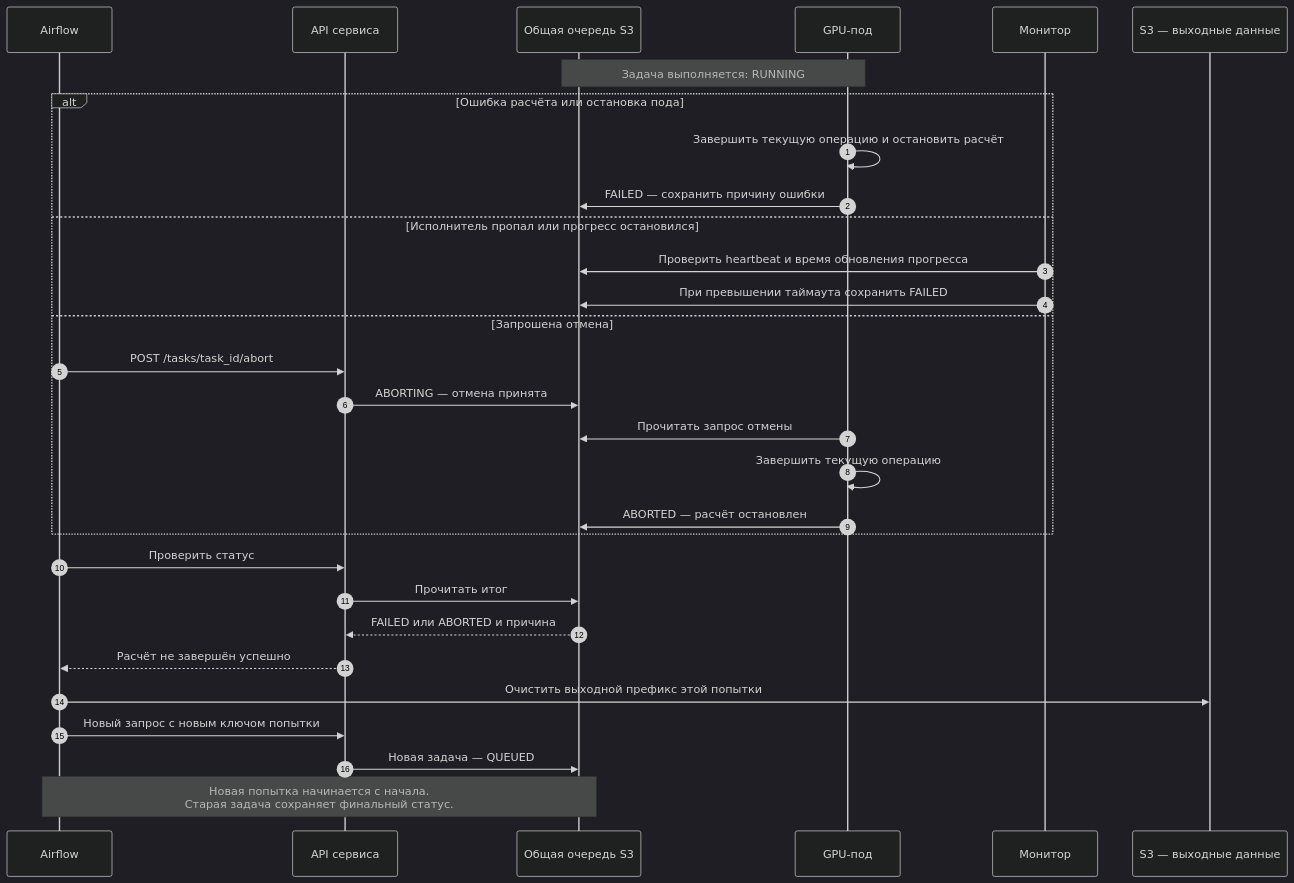
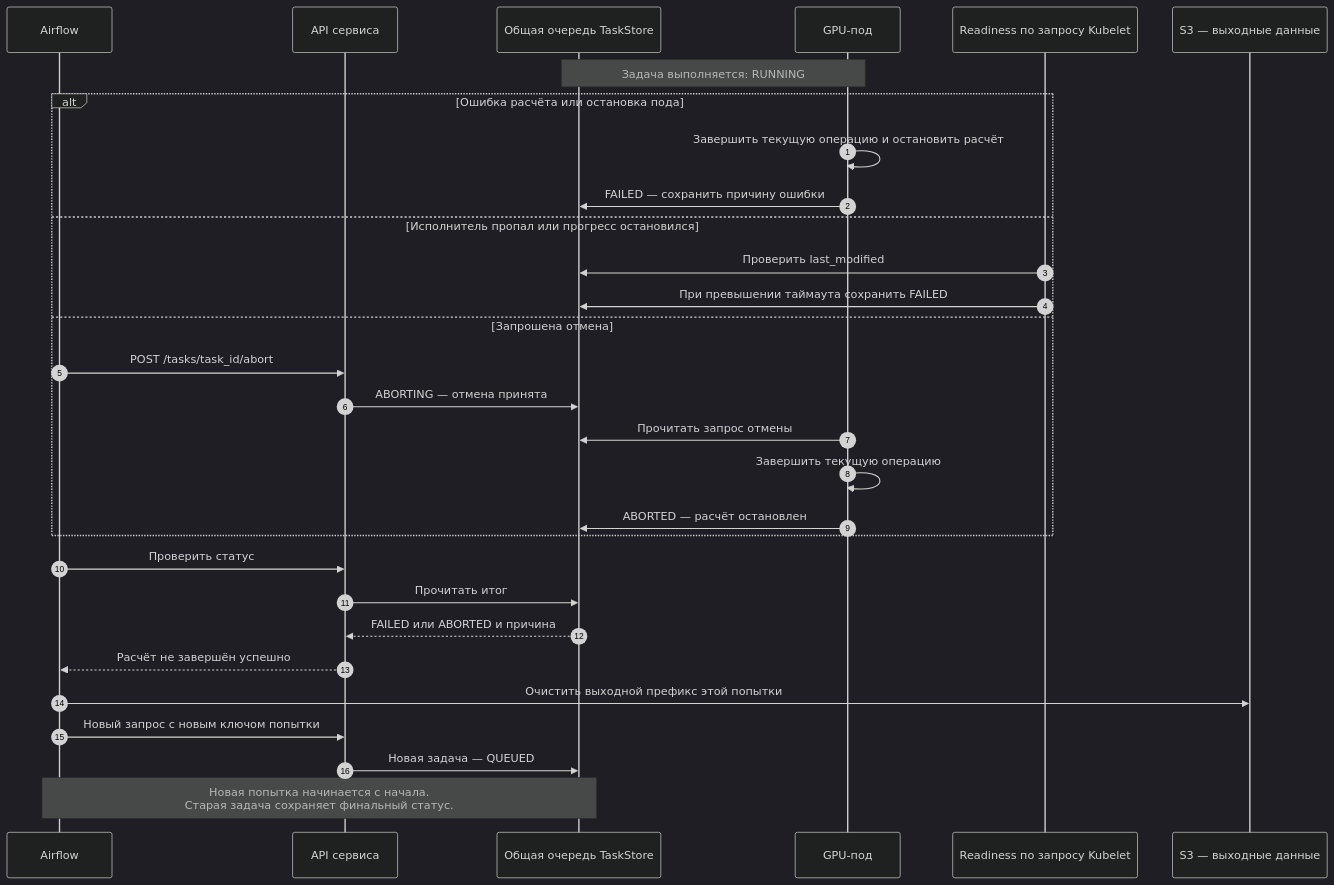
The third of 4 diagrams in docs/inference-architecture.md (blm47/fmcd_models_inference_service), drawn with Mermaid (dark theme) before and after one commit. The commit also changed other lines of this file and 51 other files, not shown here.

````diff
--- a/docs/inference-architecture.md
+++ b/docs/inference-architecture.md
@@ -137,34 +137,34 @@
 ```mermaid
 sequenceDiagram
     autonumber
     participant A as Airflow
     participant API as API сервиса
-    participant Q as Общая очередь S3
+    participant Q as Общая очередь TaskStore
     participant W as GPU-под
-    participant M as Монитор
+    participant M as Readiness по запросу Kubelet
     participant S as S3 — выходные данные
 
     Note over Q,W: Задача выполняется: RUNNING
     alt Ошибка расчёта или остановка пода
         W->>W: Завершить текущую операцию и остановить расчёт
         W->>Q: FAILED — сохранить причину ошибки
     else Исполнитель пропал или прогресс остановился
-        M->>Q: Проверить heartbeat и время обновления прогресса
+        M->>Q: Проверить last_modified
         M->>Q: При превышении таймаута сохранить FAILED
     else Запрошена отмена
         A->>API: POST /tasks/task_id/abort
         API->>Q: ABORTING — отмена принята
         W->>Q: Прочитать запрос отмены
         W->>W: Завершить текущую операцию
         W->>Q: ABORTED — расчёт остановлен
     end
 
     A->>API: Проверить статус
     API->>Q: Прочитать итог
     Q-->>API: FAILED или ABORTED и причина
     API-->>A: Расчёт не завершён успешно
     A->>S: Очистить выходной префикс этой попытки
     A->>API: Новый запрос с новым ключом попытки
     API->>Q: Новая задача — QUEUED
     Note over A,Q: Новая попытка начинается с начала.<br/>Старая задача сохраняет финальный статус.
 ```
````
